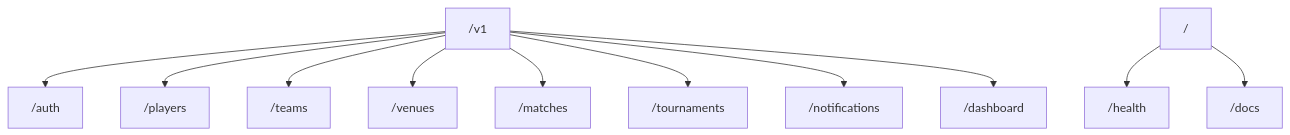
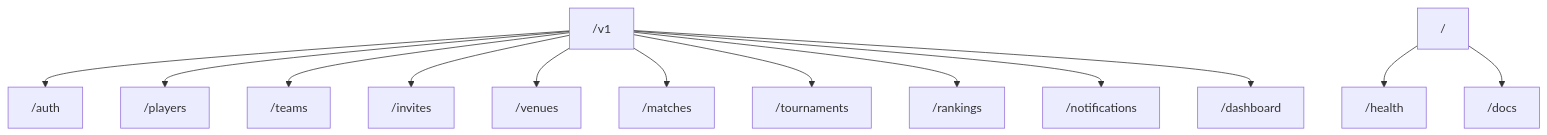
Before and after one commit to nalbcosta/soccer_stats: the fourth of 4 diagrams in docs/backend/overview.md, drawn with Mermaid. The commit also changed 29 other files, not shown here.

````diff
--- a/docs/backend/overview.md
+++ b/docs/backend/overview.md
@@ -82,13 +82,15 @@
 ```mermaid
 flowchart TB
   V1["/v1"] --> Auth["/auth"]
   V1 --> Players["/players"]
   V1 --> Teams["/teams"]
+  V1 --> Invites["/invites"]
   V1 --> Venues["/venues"]
   V1 --> Matches["/matches"]
   V1 --> Tournaments["/tournaments"]
+  V1 --> Rankings["/rankings"]
   V1 --> Notifications["/notifications"]
   V1 --> Dashboard["/dashboard"]
   Root["/"] --> Health["/health"]
   Root --> Docs["/docs"]
 ```
````
